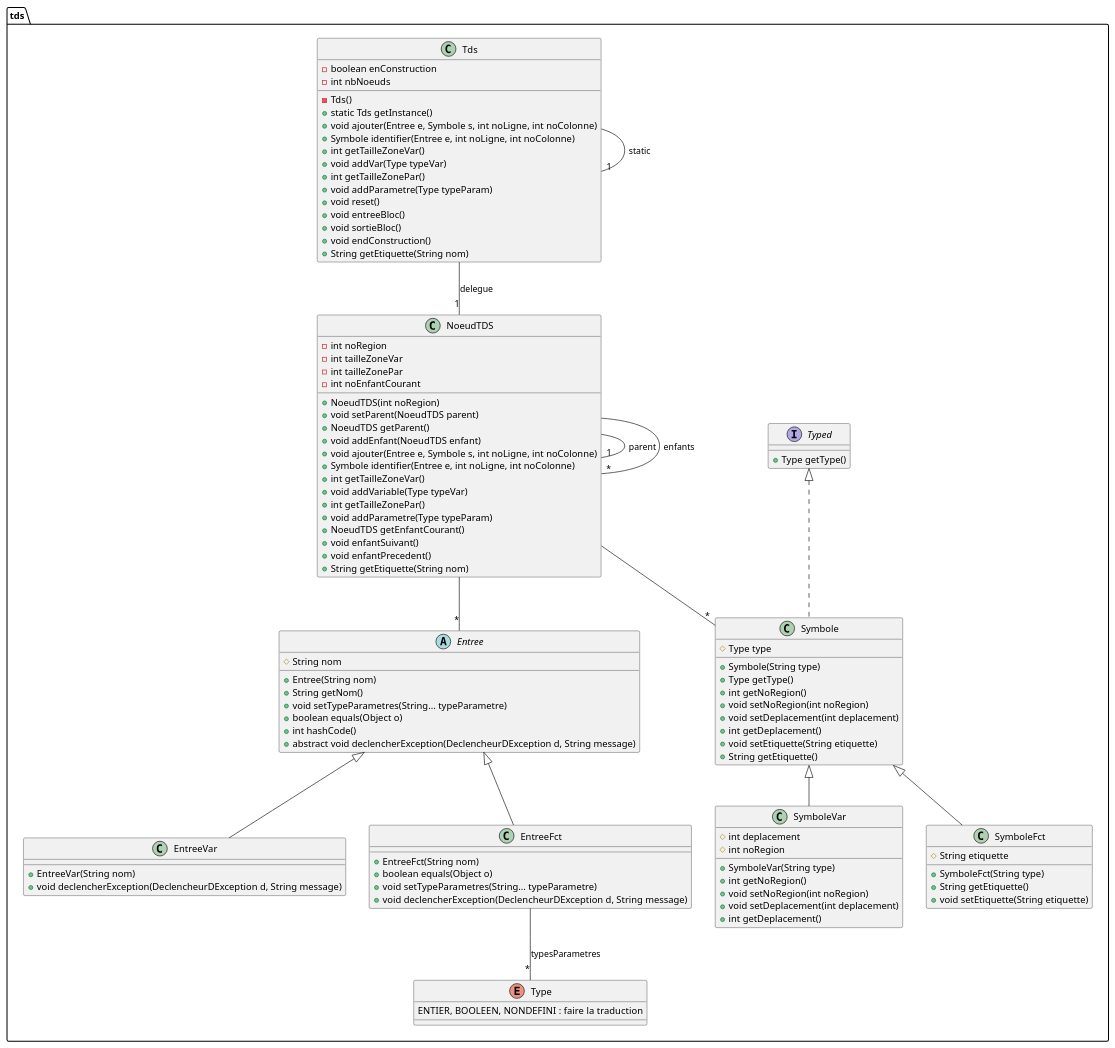
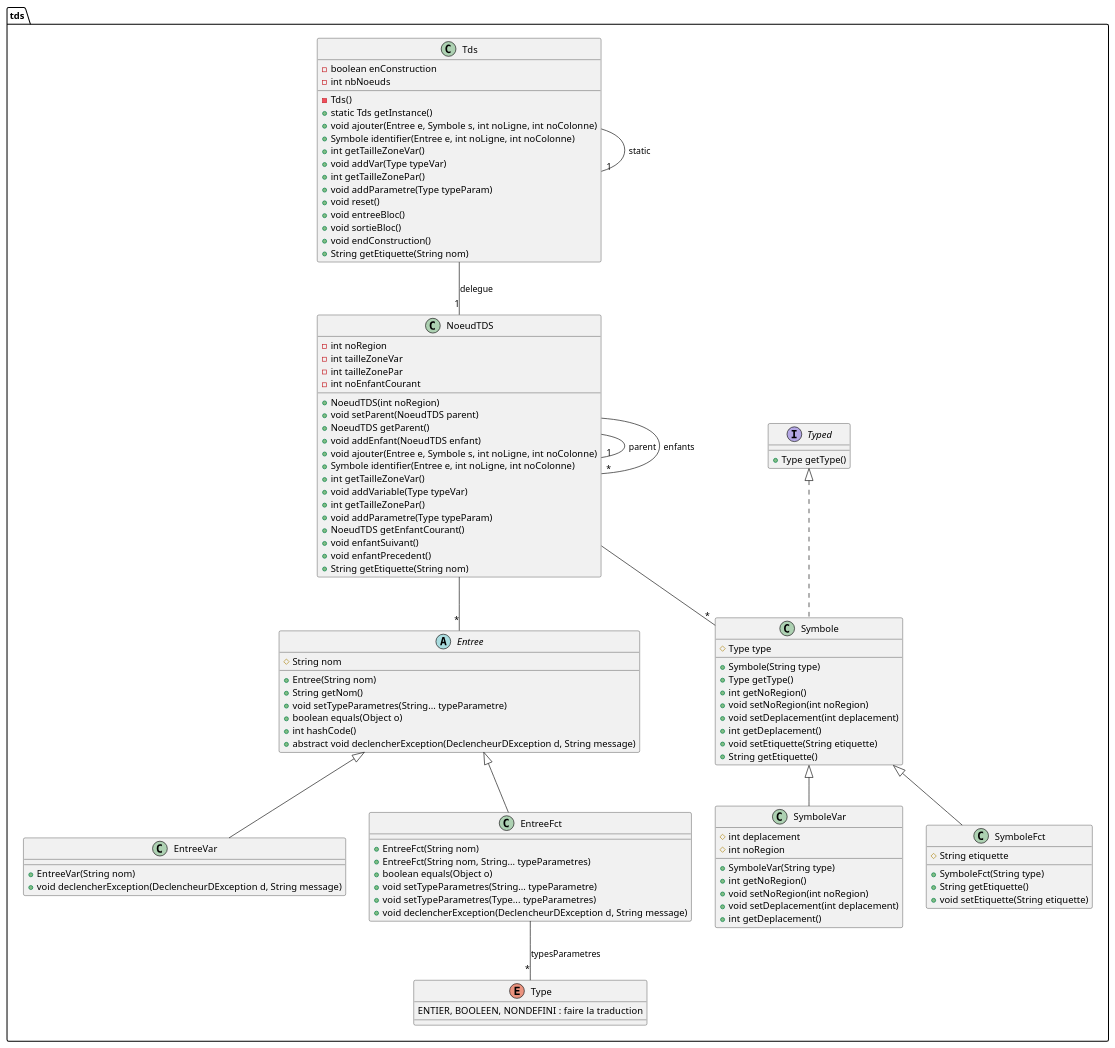
One commit to wehddn/L3-Compilation-Projet changed the diagram in src/Diagrammes/tds.puml. Above: the diagram before and after it, drawn with PlantUML. The commit also changed 3 other files, not shown here.

Commit message:
Implementation du diagramme de classe - Modification du diagramme de classe - Implementation/Mise à jour des classes Entree, EntreeFct - Changement de version

```diff
--- a/src/Diagrammes/tds.puml
+++ b/src/Diagrammes/tds.puml
@@ -1,119 +1,121 @@
 @startuml
 together {
 	package tds {
 		together {
 
 			class Symbole implements Typed {
 				# Type type
 				+ Symbole(String type)
 				+ Type getType()
 				+ int getNoRegion()
 				+ void setNoRegion(int noRegion)
 				+ void setDeplacement(int deplacement)
 				+ int getDeplacement()
 				+ void setEtiquette(String etiquette)
 				+ String getEtiquette()
 			}
 
 			class SymboleVar extends Symbole {
 				# int deplacement
 				# int noRegion
 				+ SymboleVar(String type)
 				+ int getNoRegion()
 				+ void setNoRegion(int noRegion)
 				+ void setDeplacement(int deplacement)
 				+ int getDeplacement()
 			}
 
 			class SymboleFct extends Symbole {
 				# String etiquette
 				+ SymboleFct(String type)
 				+ String getEtiquette()
 				+ void setEtiquette(String etiquette)
 			}
 		}
 
 		together {
 			abstract class Entree {
 				# String nom
 				+ Entree(String nom)
 				+ String getNom()
 				+ void setTypeParametres(String... typeParametre)
 				+ boolean equals(Object o)
 				+ int hashCode()
 				+ abstract void declencherException(DeclencheurDException d, String message)
 			}
 
 			class EntreeVar extends Entree {
 				+ EntreeVar(String nom)
 				+ void declencherException(DeclencheurDException d, String message)
 			}
 
 			class EntreeFct extends Entree {
 				+ EntreeFct(String nom)
+				+ EntreeFct(String nom, String... typeParametres)
 				+ boolean equals(Object o)
 				+ void setTypeParametres(String... typeParametre)
+				+ void setTypeParametres(Type... typeParametres)
 				+ void declencherException(DeclencheurDException d, String message)
 			}
 			EntreeFct --"*" Type : typesParametres
 		}
 
 		together {
 			class Tds {
 				- boolean enConstruction
 				- int nbNoeuds
 				- Tds()
 				+ static Tds getInstance()
 				+ void ajouter(Entree e, Symbole s, int noLigne, int noColonne)
 				+ Symbole identifier(Entree e, int noLigne, int noColonne)
 				+ int getTailleZoneVar()
 				+ void addVar(Type typeVar)
 				+ int getTailleZonePar()
 				+ void addParametre(Type typeParam)
 				+ void reset()
 				+ void entreeBloc()
 				+ void sortieBloc()
 				+ void endConstruction()
 				+ String getEtiquette(String nom)
 			}
 			Tds --"1" NoeudTDS : delegue
 			Tds --"1" Tds : static
 
 			class NoeudTDS {
 				- int noRegion
 				- int tailleZoneVar
 				- int tailleZonePar
 				- int noEnfantCourant
 				+ NoeudTDS(int noRegion)
 				+ void setParent(NoeudTDS parent)
 				+ NoeudTDS getParent()
 				+ void addEnfant(NoeudTDS enfant)
 				+ void ajouter(Entree e, Symbole s, int noLigne, int noColonne)
 				+ Symbole identifier(Entree e, int noLigne, int noColonne)
 				+ int getTailleZoneVar()
 				+ void addVariable(Type typeVar)
 				+ int getTailleZonePar()
 				+ void addParametre(Type typeParam)
 				+ NoeudTDS getEnfantCourant()
 				+ void enfantSuivant()
 				+ void enfantPrecedent()
 				+ String getEtiquette(String nom)
 			}
 			NoeudTDS --"*" Symbole
 			NoeudTDS --"*" Entree
 			NoeudTDS --"1" NoeudTDS : parent
 			NoeudTDS --"*" NoeudTDS : enfants
 		}
 
 		together {
 			enum Type {
 				ENTIER, BOOLEEN, NONDEFINI  : faire la traduction
 			}
 
 			Interface Typed {
 				+ Type getType()
 			}
 		}
 	}
 }
 @enduml
```
